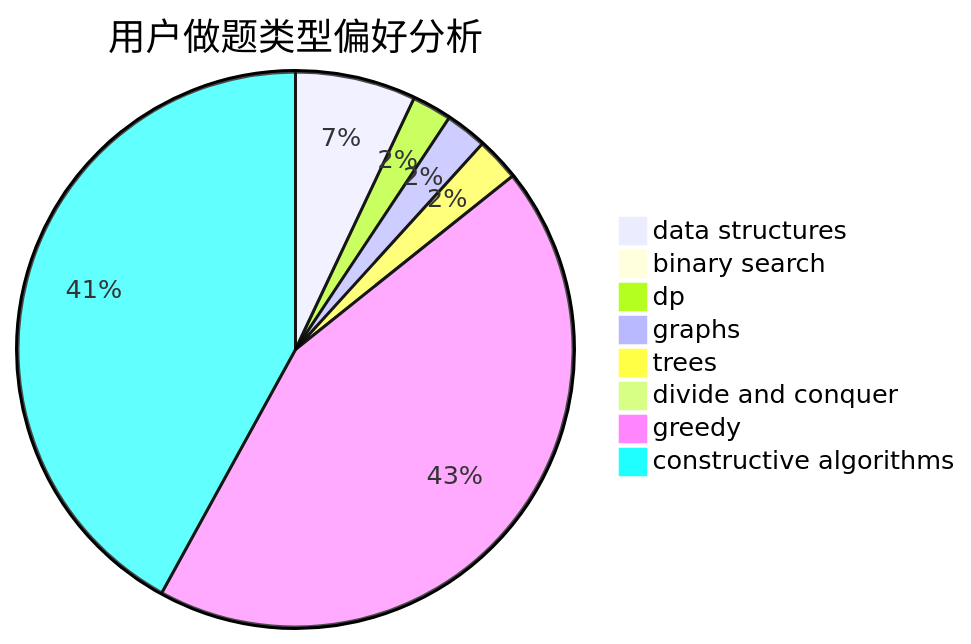
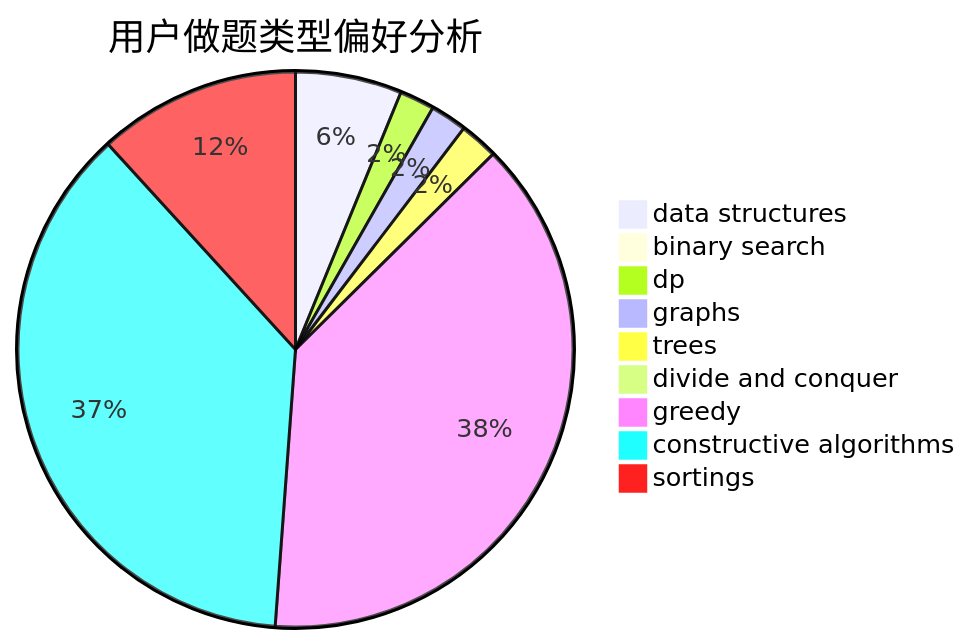
Before and after one commit to sherpahu/cfrs.github.io: the second of 3 diagrams in docs/user/u1197.md, drawn with Mermaid. The commit also changed other lines of this file and 2769 other files, not shown here.

````diff
--- a/docs/user/u1197.md
+++ b/docs/user/u1197.md
@@ -23,11 +18,12 @@
 ```mermaid
 pie title 用户做题类型偏好分析
     "data structures" :  61
     "binary search" :  7
     "dp" :  20
     "graphs" :  21
     "trees" :  22
     "divide and conquer" :  6
     "greedy" :  380
     "constructive algorithms" :  365
+    "sortings" :  116
 ```
````
